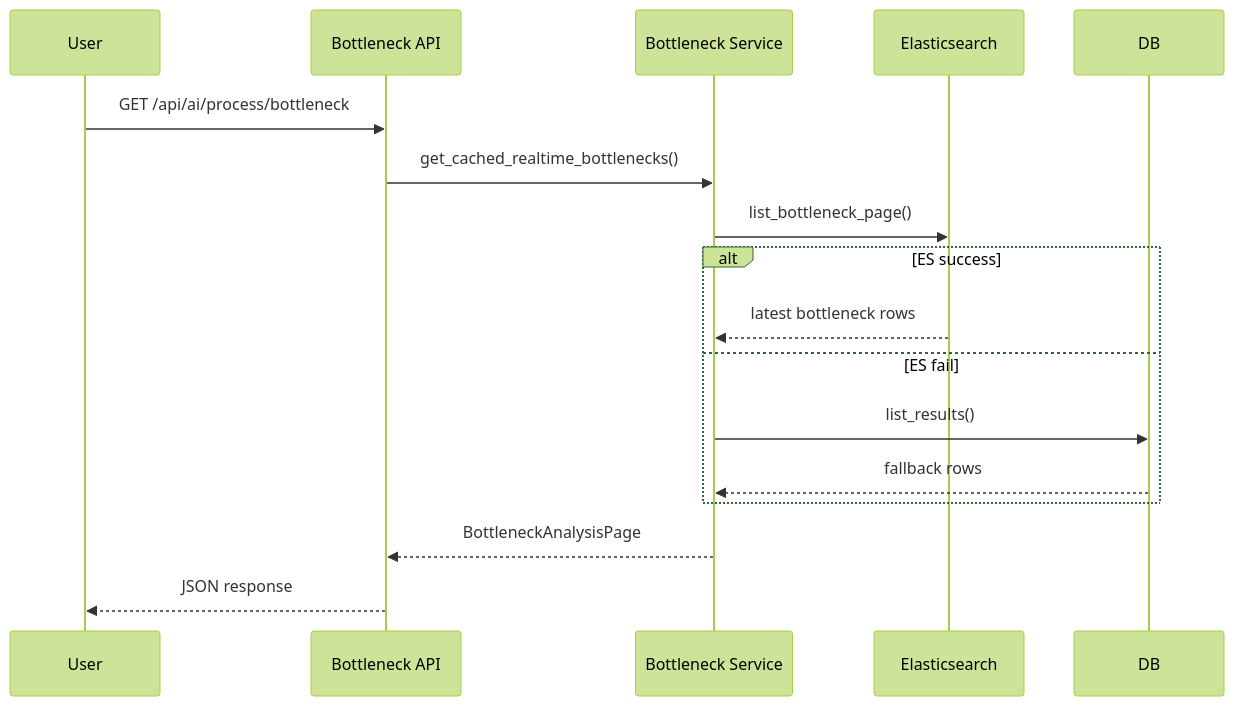
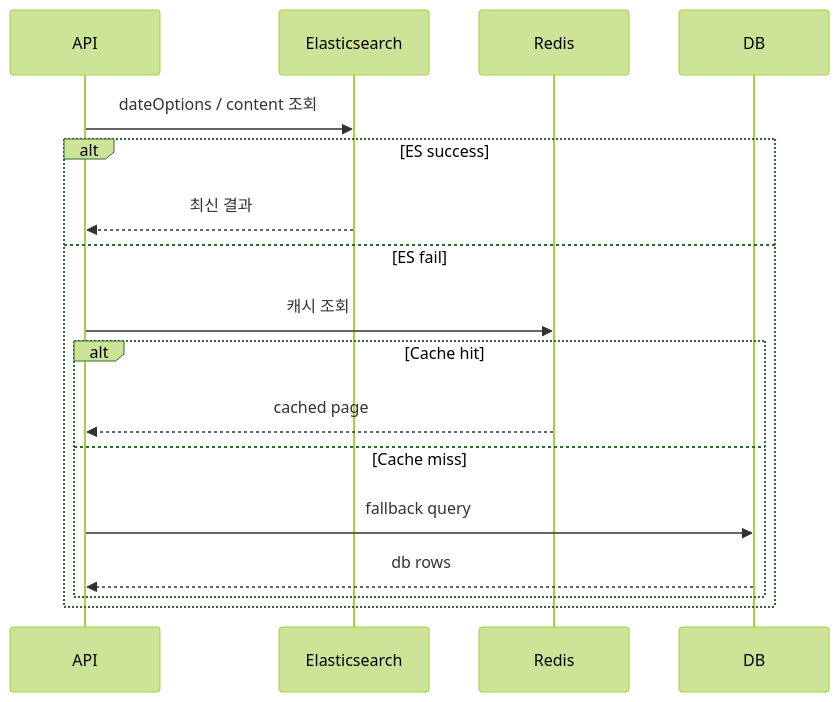
One commit to SK-Rookies-AIMS/ai-service changed the third of 3 diagrams in README.md. Above: the diagram before and after it, drawn with Mermaid (forest theme). The commit also changed other lines of this file, not shown here.

````diff
--- a/README.md
+++ b/README.md
@@ -335,20 +285,20 @@
 ```mermaid
 sequenceDiagram
-    participant U as User
-    participant API as Bottleneck API
-    participant S as Bottleneck Service
+    participant API as API
     participant ES as Elasticsearch
+    participant Cache as Redis
     participant DB as DB
 
-    U->>API: GET /api/ai/process/bottleneck
-    API->>S: get_cached_realtime_bottlenecks()
-    S->>ES: list_bottleneck_page()
+    API->>ES: dateOptions / content 조회
     alt ES success
-        ES-->>S: latest bottleneck rows
+        ES-->>API: 최신 결과
     else ES fail
-        S->>DB: list_results()
-        DB-->>S: fallback rows
+        API->>Cache: 캐시 조회
+        alt Cache hit
+            Cache-->>API: cached page
+        else Cache miss
+            API->>DB: fallback query
+            DB-->>API: db rows
+        end
     end
-    S-->>API: BottleneckAnalysisPage
-    API-->>U: JSON response
 ```
````
